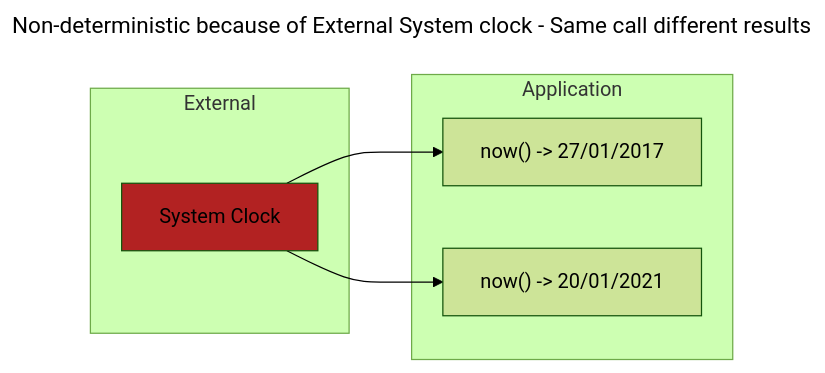
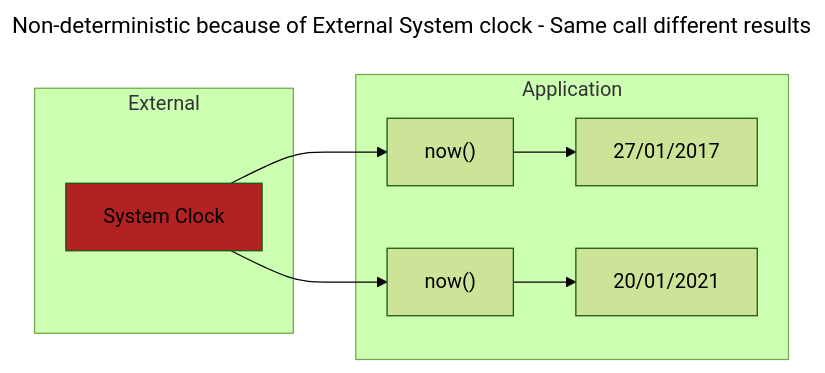
Before and after one commit to grierson/grierson: the fourth of 10 diagrams in structure.md, drawn with Mermaid (forest theme). The commit also changed other lines of this file, not shown here.

````diff
--- a/structure.md
+++ b/structure.md
@@ -73,18 +72,18 @@
 ```mermaid
 ---
 title: Non-deterministic because of External System clock - Same call different results
 ---
 flowchart LR
   subgraph Application
     Now
     Now2
-    Now["now() -> 27/01/2017"]
-    Now2["now() -> 20/01/2021"]
+    Now["now()"] --> out1["27/01/2017"]
+    Now2["now()"] --> out2["20/01/2021"]
   end
   subgraph External
     System
   end
   style System fill:FireBrick
   System["System Clock"] --> Now
   System["System Clock"] --> Now2
 ```
````
